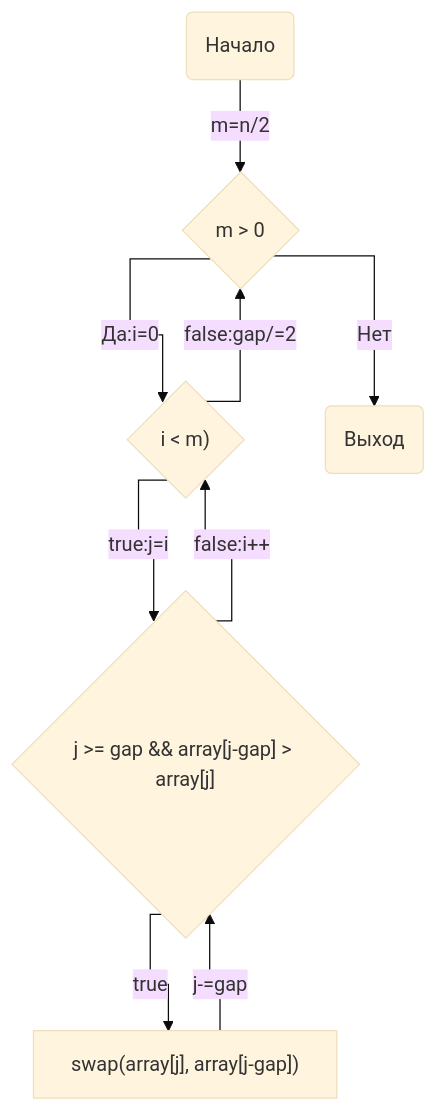
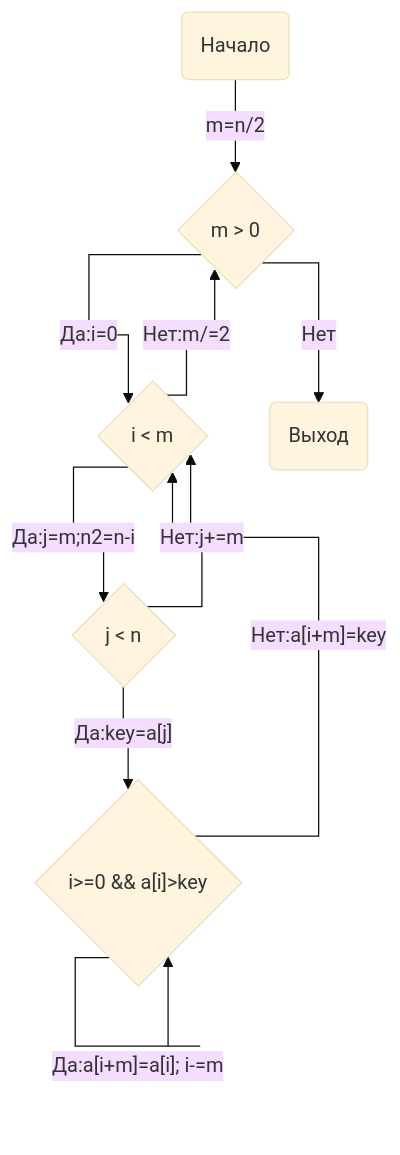
One commit to LeAgalas/PPlabs changed the diagram in lab3/lab3_report.md. Above: the diagram before and after it, drawn with Mermaid (base theme). The commit also changed other lines of this file, not shown here.

````diff
--- a/lab3/lab3_report.md
+++ b/lab3/lab3_report.md
@@ -28,13 +28,13 @@
 ```mermaid
     graph TB
         %%{ init : {"flowchart" : { "curve" : "stepAfter", "diagramPadding": 20 }}}%%
         A(Начало) --> |"m=n/2"|B{"m > 0"}
-        B --> |"Да:i=0"|C{"i < m)"}
+        B --> |"Да:i=0"|C{"i < m"}
         B --> |Нет|F(Выход)
-        C --> |"true:j=i"|D{"j >= gap && array[j-gap] > array[j]"}
-        C --> |"false:gap/=2"|B
-        D --> |true|E["swap(array[j], array[j-gap])"]
-        D --> |"false:i++"|C
-        E --> |"j-=gap"|D
-       
+        C --> |"Да:j=m;n2=n-i"|D{"j < n"}
+        C --> |"Нет:m/=2"|B
+        D --> |"Да:key=a[j]"|E{"i>=0 && a[i]>key"}
+        D --> |"Нет:j+=m"|C
+        E --> |"Да:a[i+m]=a[i]; i-=m"|E
+        E --> |"Нет:a[i+m]=key"|C
 ```
````
